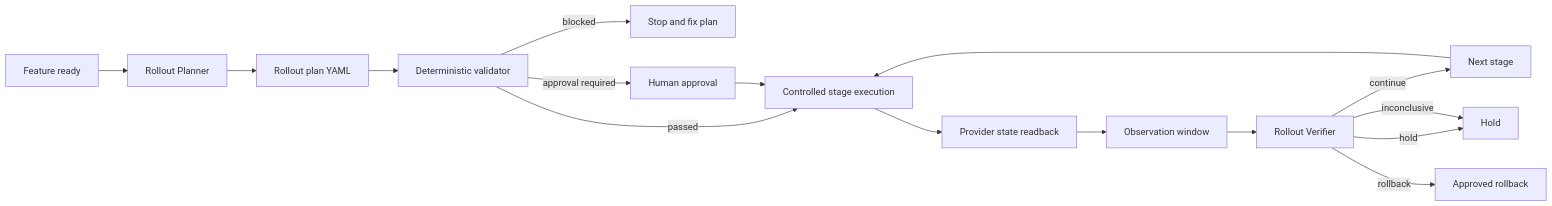
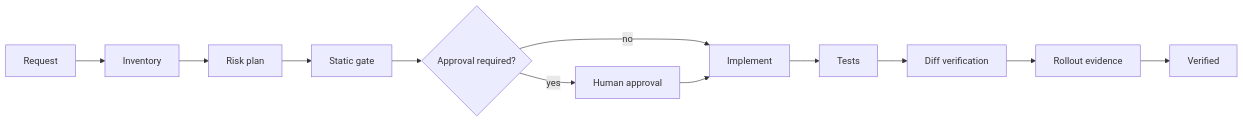
Before and after one commit to hakodev2k/AI-Engineering: the diagram in Daily AI Engineering Kit/agent-feature-flag-rollout-safety-gate/README.md, drawn with Mermaid. The commit also changed other lines of this file and 13 other files, not shown here.

Commit message:
Daily AI Engineering Kit for agent-feature-flag-rollout-safety-gate

````diff
--- a/Daily AI Engineering Kit/agent-feature-flag-rollout-safety-gate/README.md
+++ b/Daily AI Engineering Kit/agent-feature-flag-rollout-safety-gate/README.md
@@ -21,18 +12,14 @@
 ```mermaid
 flowchart LR
-    A[Feature ready] --> B[Rollout Planner]
-    B --> C[Rollout plan YAML]
-    C --> D[Deterministic validator]
-    D -->|blocked| X[Stop and fix plan]
-    D -->|approval required| H[Human approval]
-    D -->|passed| E[Controlled stage execution]
-    H --> E
-    E --> F[Provider state readback]
-    F --> G[Observation window]
-    G --> V[Rollout Verifier]
-    V -->|continue| N[Next stage]
-    V -->|hold| O[Hold]
-    V -->|rollback| R[Approved rollback]
-    V -->|inconclusive| O
-    N --> E
+  A[Request] --> B[Inventory]
+  B --> C[Risk plan]
+  C --> D[Static gate]
+  D --> E{Approval required?}
+  E -->|yes| F[Human approval]
+  E -->|no| G[Implement]
+  F --> G
+  G --> H[Tests]
+  H --> I[Diff verification]
+  I --> J[Rollout evidence]
+  J --> K[Verified]
 ```
````
